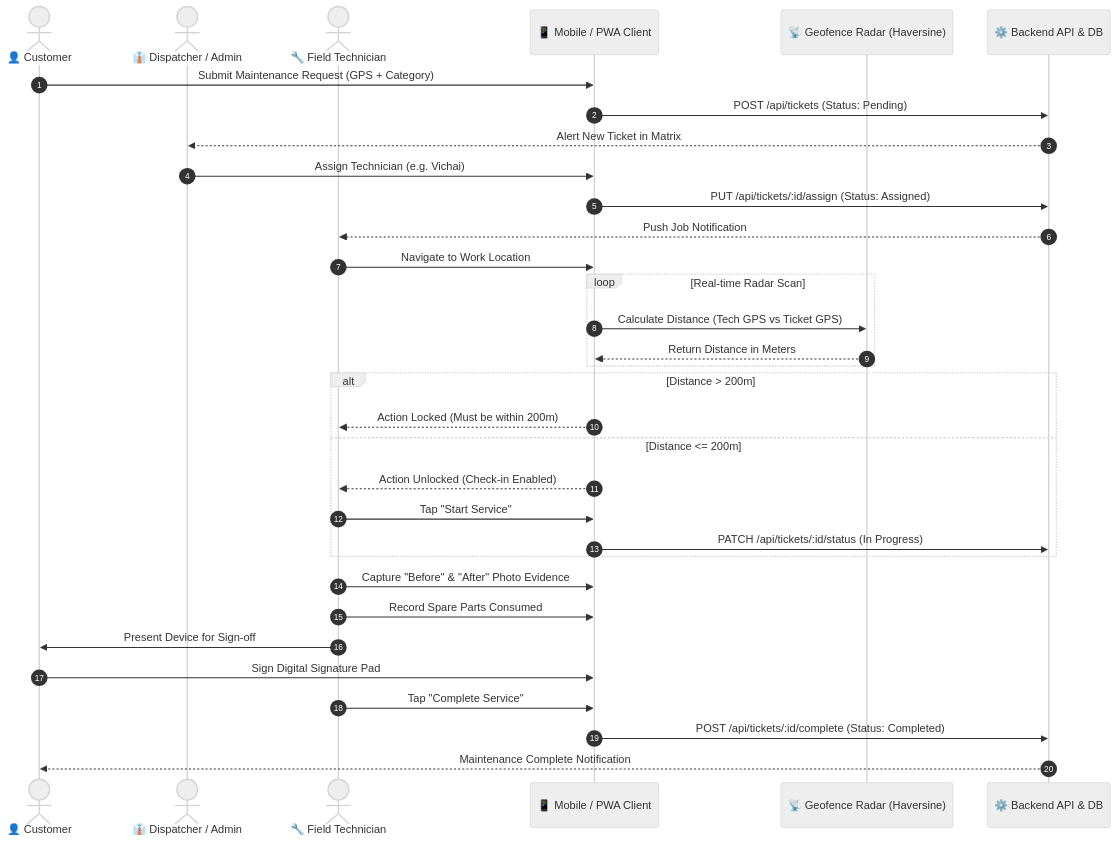
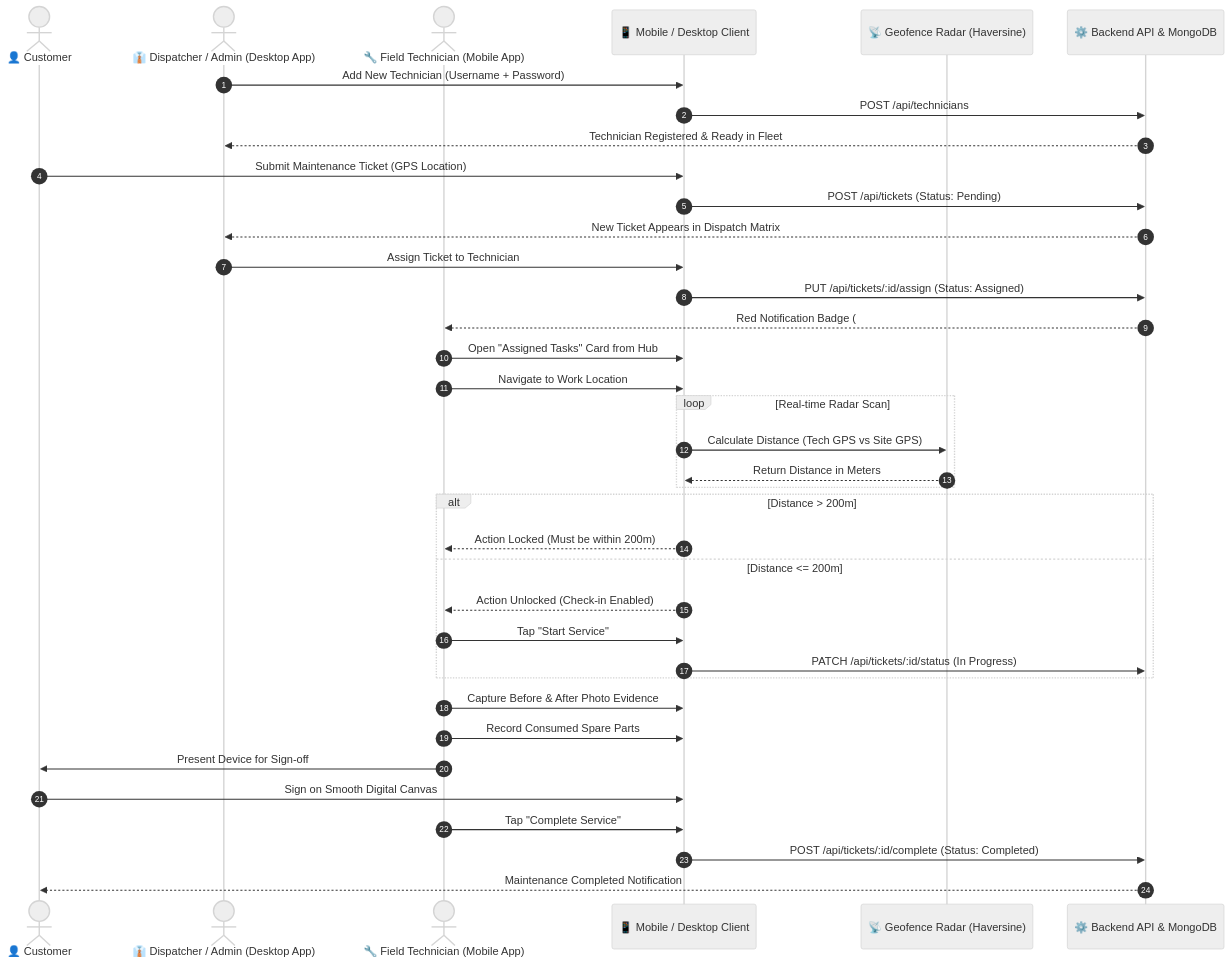
The diagram in README.md (ZillerDX/field-service-platform), drawn with Mermaid (neutral theme) before and after one commit. The commit also changed other lines of this file and 58 other files, not shown here.

Commit message:
feat: release v1.1.0 with Tech Hub Dashboard, red notification badge, Admin Windows Desktop app, technician provisioning, and bilingual support

````diff
--- a/README.md
+++ b/README.md
@@ -58,36 +76,40 @@
 ```mermaid
 sequenceDiagram
     autonumber
     actor Customer as 👤 Customer
-    actor Dispatcher as 👔 Dispatcher / Admin
-    actor Technician as 🔧 Field Technician
-    participant MobileApp as 📱 Mobile / PWA Client
+    actor Dispatcher as 👔 Dispatcher / Admin (Desktop App)
+    actor Technician as 🔧 Field Technician (Mobile App)
+    participant MobileApp as 📱 Mobile / Desktop Client
     participant Radar as 📡 Geofence Radar (Haversine)
-    participant Backend as ⚙️ Backend API & DB
+    participant Backend as ⚙️ Backend API & MongoDB
 
-    Customer->>MobileApp: Submit Maintenance Request (GPS + Category)
+    Dispatcher->>MobileApp: Add New Technician (Username + Password)
+    MobileApp->>Backend: POST /api/technicians
+    Backend-->>Dispatcher: Technician Registered & Ready in Fleet
+    Customer->>MobileApp: Submit Maintenance Ticket (GPS Location)
     MobileApp->>Backend: POST /api/tickets (Status: Pending)
-    Backend-->>Dispatcher: Alert New Ticket in Matrix
-    Dispatcher->>MobileApp: Assign Technician (e.g. Vichai)
+    Backend-->>Dispatcher: New Ticket Appears in Dispatch Matrix
+    Dispatcher->>MobileApp: Assign Ticket to Technician
     MobileApp->>Backend: PUT /api/tickets/:id/assign (Status: Assigned)
-    Backend-->>Technician: Push Job Notification
+    Backend-->>Technician: Red Notification Badge (#EF4444) on Hub Menu
+    Technician->>MobileApp: Open "Assigned Tasks" Card from Hub
     Technician->>MobileApp: Navigate to Work Location
     loop Real-time Radar Scan
-        MobileApp->>Radar: Calculate Distance (Tech GPS vs Ticket GPS)
+        MobileApp->>Radar: Calculate Distance (Tech GPS vs Site GPS)
         Radar-->>MobileApp: Return Distance in Meters
     end
     alt Distance > 200m
         MobileApp-->>Technician: Action Locked (Must be within 200m)
     else Distance <= 200m
         MobileApp-->>Technician: Action Unlocked (Check-in Enabled)
         Technician->>MobileApp: Tap "Start Service"
         MobileApp->>Backend: PATCH /api/tickets/:id/status (In Progress)
     end
-    Technician->>MobileApp: Capture "Before" & "After" Photo Evidence
-    Technician->>MobileApp: Record Spare Parts Consumed
+    Technician->>MobileApp: Capture Before & After Photo Evidence
+    Technician->>MobileApp: Record Consumed Spare Parts
     Technician->>Customer: Present Device for Sign-off
-    Customer->>MobileApp: Sign Digital Signature Pad
+    Customer->>MobileApp: Sign on Smooth Digital Canvas
     Technician->>MobileApp: Tap "Complete Service"
     MobileApp->>Backend: POST /api/tickets/:id/complete (Status: Completed)
-    Backend-->>Customer: Maintenance Complete Notification
+    Backend-->>Customer: Maintenance Completed Notification
 ```
````
